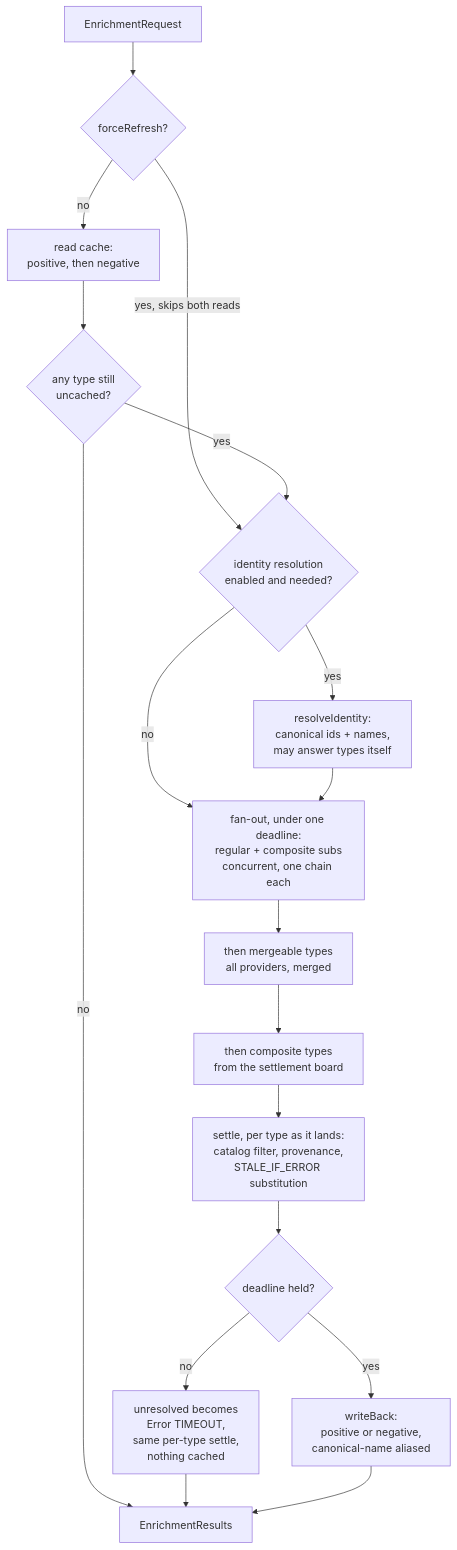
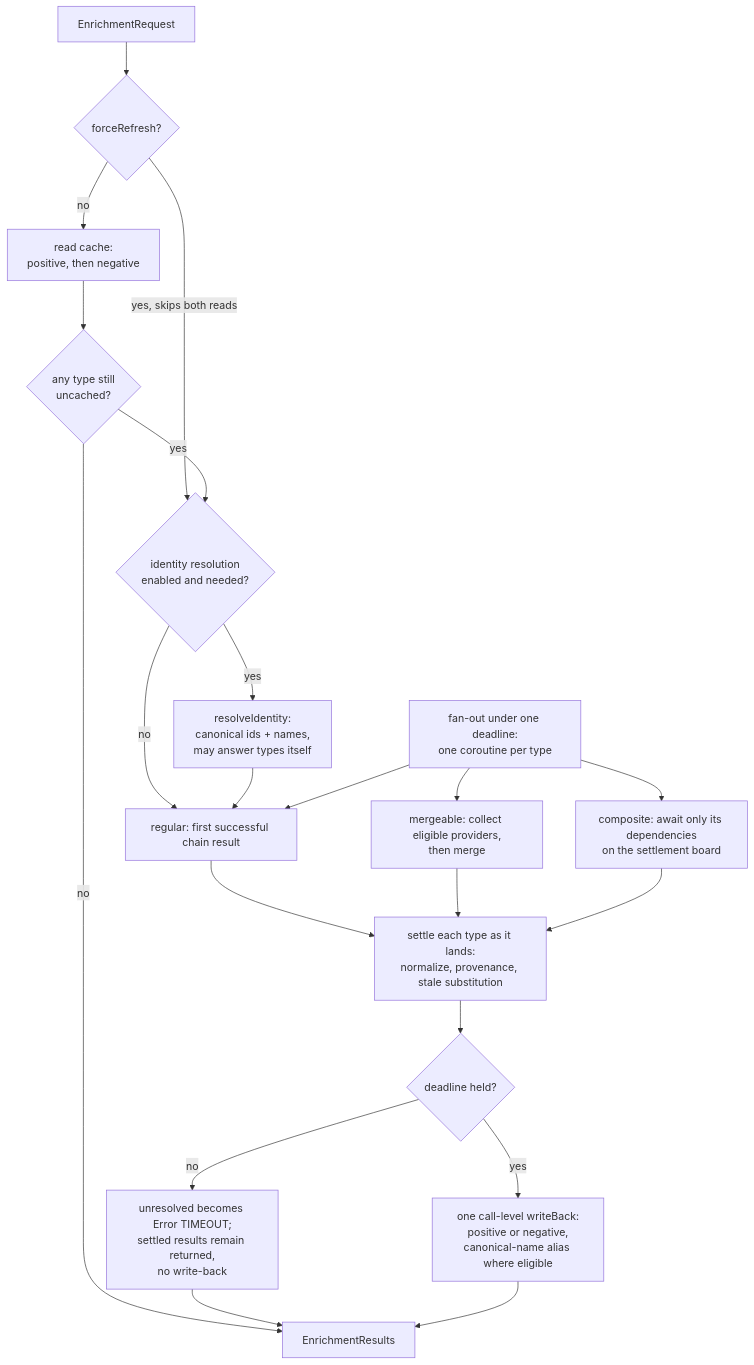
One commit to famesjranko/musicmeta changed the second of 3 diagrams in ARCHITECTURE.md. Above: the diagram before and after it, drawn with Mermaid. The commit also changed other lines of this file and 8 other files, not shown here.

````diff
--- a/ARCHITECTURE.md
+++ b/ARCHITECTURE.md
@@ -98,23 +98,28 @@
 ```mermaid
 flowchart TD
     req["EnrichmentRequest"] --> force{"forceRefresh?"}
     force -->|"yes, skips both reads"| ident
     force -->|no| cacheread["read cache:<br/>positive, then negative"]
     cacheread --> anyleft{"any type still<br/>uncached?"}
     anyleft -->|no| results
     anyleft -->|yes| ident{"identity resolution<br/>enabled and needed?"}
     ident -->|no| regular
     ident -->|yes| resolve["resolveIdentity:<br/>canonical ids + names,<br/>may answer types itself"]
     resolve --> regular
 
-    regular["fan-out, under one deadline:<br/>regular + composite subs<br/>concurrent, one chain each"]
-    regular --> mergeable["then mergeable types<br/>all providers, merged"]
-    mergeable --> composite["then composite types<br/>from the settlement board"]
-
-    composite --> settle["settle, per type as it lands:<br/>catalog filter, provenance,<br/>STALE_IF_ERROR substitution"]
+    fanout["fan-out under one deadline:<br/>one coroutine per type"]
+    regular["regular: first successful chain result"]
+    mergeable["mergeable: collect eligible providers,<br/>then merge"]
+    composite["composite: await only its dependencies<br/>on the settlement board"]
+    fanout --> regular
+    fanout --> mergeable
+    fanout --> composite
+    regular --> settle["settle each type as it lands:<br/>normalize, provenance, stale substitution"]
+    mergeable --> settle
+    composite --> settle
     settle --> deadline{"deadline held?"}
-    deadline -->|"no"| timedout["unresolved becomes<br/>Error TIMEOUT,<br/>same per-type settle,<br/>nothing cached"]
-    deadline -->|yes| writeback["writeBack:<br/>positive or negative,<br/>canonical-name aliased"]
+    deadline -->|"no"| timedout["unresolved becomes Error TIMEOUT;<br/>settled results remain returned,<br/>no write-back"]
+    deadline -->|yes| writeback["one call-level writeBack:<br/>positive or negative,<br/>canonical-name alias where eligible"]
     timedout --> results
     writeback --> results["EnrichmentResults"]
 ```
````
